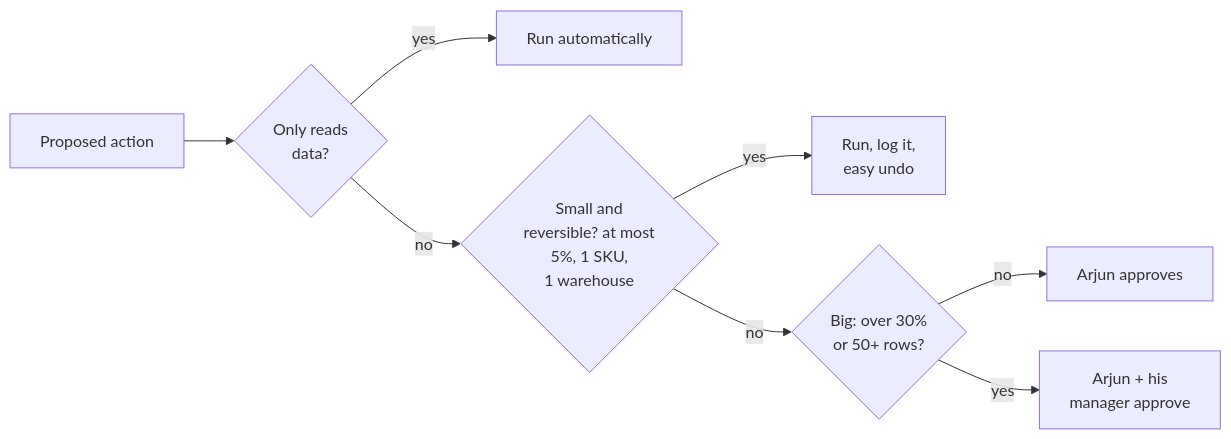
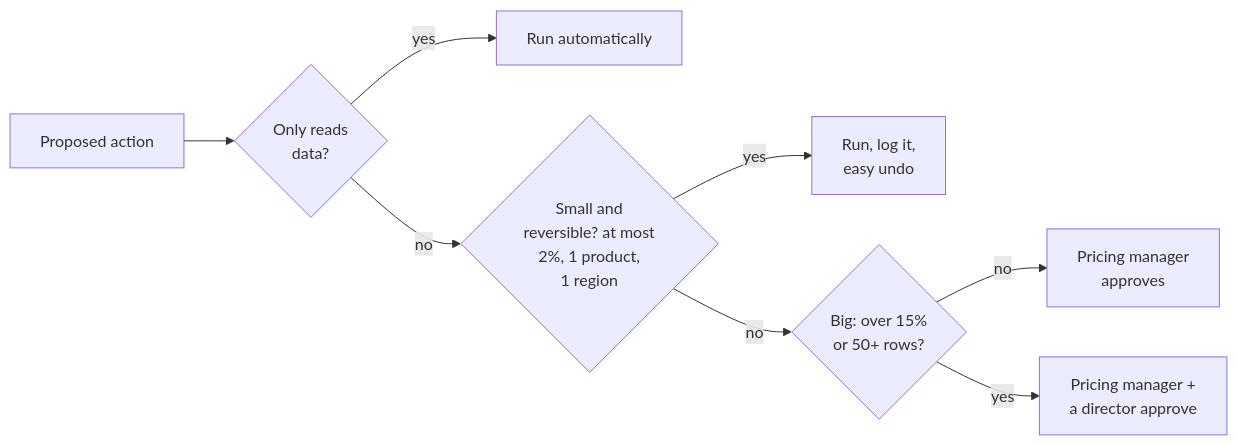
The fifth of 8 diagrams in src/Data/aiStackDocs/CH-07.md (shubamchaudhary/CodeNITW), drawn with Mermaid before and after one commit. The commit also changed other lines of this file and 32 other files, not shown here.

````diff
--- a/src/Data/aiStackDocs/CH-07.md
+++ b/src/Data/aiStackDocs/CH-07.md
@@ -159,10 +159,10 @@
 ```mermaid
 flowchart LR
     R["Proposed action"] --> Q1{"Only reads<br/>data?"}
     Q1 -->|"yes"| AU["Run automatically"]
-    Q1 -->|"no"| Q2{"Small and<br/>reversible? at most<br/>5%, 1 SKU,<br/>1 warehouse"}
+    Q1 -->|"no"| Q2{"Small and<br/>reversible? at most<br/>2%, 1 product,<br/>1 region"}
     Q2 -->|"yes"| AA["Run, log it,<br/>easy undo"]
-    Q2 -->|"no"| Q3{"Big: over 30%<br/>or 50+ rows?"}
-    Q3 -->|"no"| H1["Arjun approves"]
-    Q3 -->|"yes"| H2["Arjun + his<br/>manager approve"]
+    Q2 -->|"no"| Q3{"Big: over 15%<br/>or 50+ rows?"}
+    Q3 -->|"no"| H1["Pricing manager<br/>approves"]
+    Q3 -->|"yes"| H2["Pricing manager +<br/>a director approve"]
 ```
````
